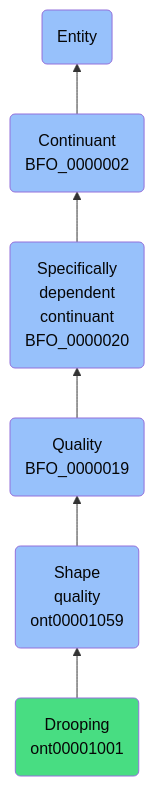
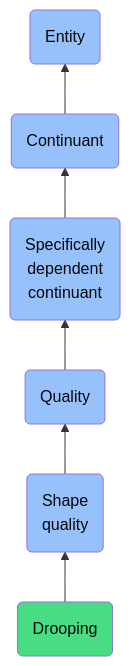
One commit to jupyter-naas/abi changed the diagram in docs/ontology/reference/model/Entity/Continuant/Specifically dependent continuant/Quality/Shape quality/Drooping/Drooping.md. Above: the diagram before and after it, drawn with Mermaid. The commit also changed other lines of this file and 1430 other files, not shown here.

````diff
--- a/docs/ontology/reference/model/Entity/Continuant/Specifically dependent continuant/Quality/Shape quality/Drooping/Drooping.md
+++ b/docs/ontology/reference/model/Entity/Continuant/Specifically dependent continuant/Quality/Shape quality/Drooping/Drooping.md
@@ -24,13 +24,13 @@
 ```mermaid
 graph BT
-    ont00001001(Drooping<br>ont00001001):::ABI-->ont00001059
-    ont00001059(Shape<br>quality<br>ont00001059):::BFO-->BFO_0000019
-    BFO_0000019(Quality<br>BFO_0000019):::BFO-->BFO_0000020
-    BFO_0000020(Specifically<br>dependent<br>continuant<br>BFO_0000020):::BFO-->BFO_0000002
-    BFO_0000002(Continuant<br>BFO_0000002):::BFO-->BFO_0000001
+    ont00001001(Drooping):::ABI-->ont00001059
+    ont00001059(Shape<br>quality):::BFO-->BFO_0000019
+    BFO_0000019(Quality):::BFO-->BFO_0000020
+    BFO_0000020(Specifically<br>dependent<br>continuant):::BFO-->BFO_0000002
+    BFO_0000002(Continuant):::BFO-->BFO_0000001
     BFO_0000001(Entity):::BFO
     
     classDef BFO fill:#97c1fb,color:#060606
     classDef CCO fill:#e4c51e,color:#060606
     classDef ABI fill:#48DD82,color:#060606
 ```
````
